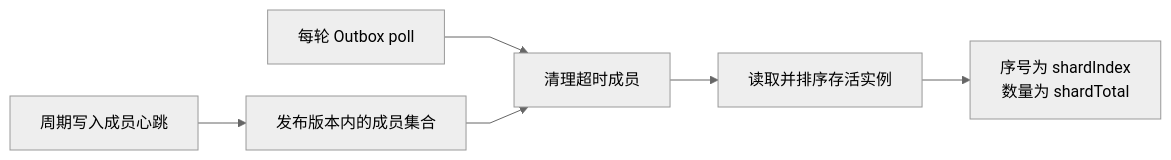
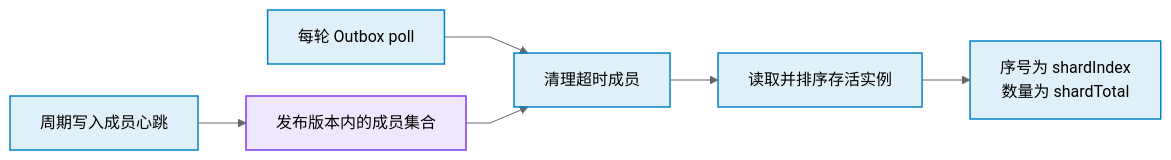
One commit to pinpols/file-batch-system changed the fifth of 5 diagrams in docs/runbook/autoscaling-strategy.md. Above: the diagram before and after it, drawn with Mermaid (neutral theme). The commit also changed other lines of this file and 34 other files, not shown here.

First line of the commit message:
docs(diagram): 完成 P3 Mermaid 图样式收口并补充制图规范 (#1390)

````diff
--- a/docs/runbook/autoscaling-strategy.md
+++ b/docs/runbook/autoscaling-strategy.md
@@ -105,9 +121,12 @@
 ```mermaid
 %%{init: {"flowchart":{"curve":"linear","nodeSpacing":32,"rankSpacing":48},"sequence":{"mirrorActors":false}}}%%
 flowchart LR
-  HEART["周期写入成员心跳"] --> MEMBERS["发布版本内的成员集合"]
-  POLL["每轮 Outbox poll"] --> CLEAN["清理超时成员"]
+  HEART["周期写入成员心跳"]:::control --> MEMBERS["发布版本内的成员集合"]:::store
+  POLL["每轮 Outbox poll"]:::control --> CLEAN["清理超时成员"]:::control
   MEMBERS --> CLEAN
-  CLEAN --> SORT["读取并排序存活实例"]
-  SORT --> SHARD["序号为 shardIndex<br/>数量为 shardTotal"]
+  CLEAN --> SORT["读取并排序存活实例"]:::control
+  SORT --> SHARD["序号为 shardIndex<br/>数量为 shardTotal"]:::control
+
+  classDef control fill:#0284c71f,stroke:#0284c7,stroke-width:1.5px
+  classDef store fill:#7c3aed1f,stroke:#7c3aed,stroke-width:1.5px
 ```
````
